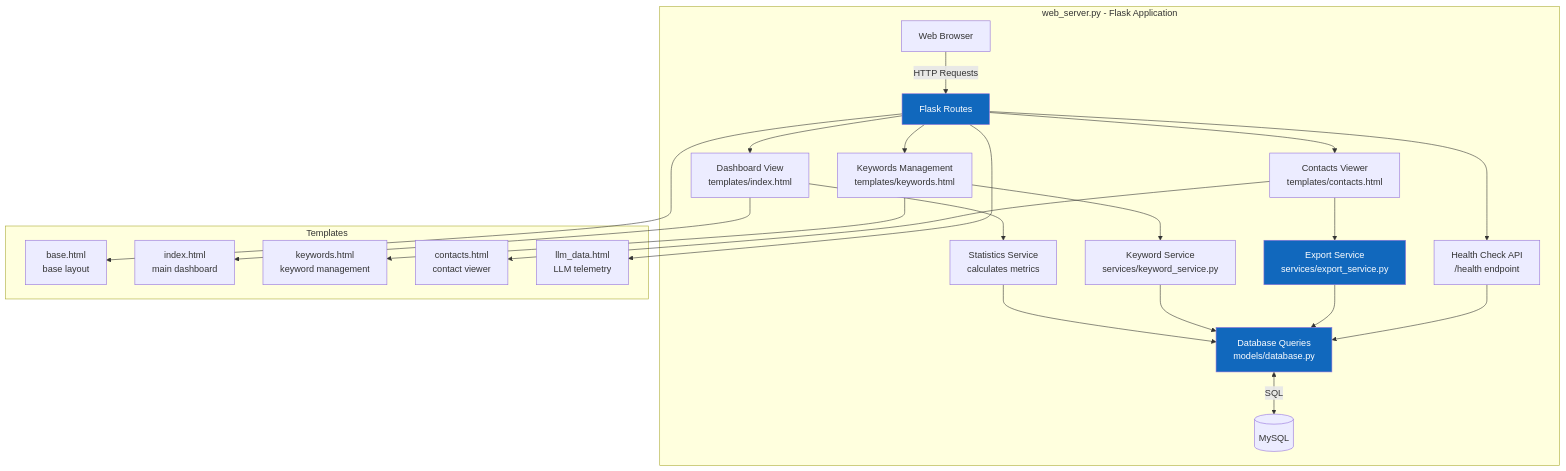
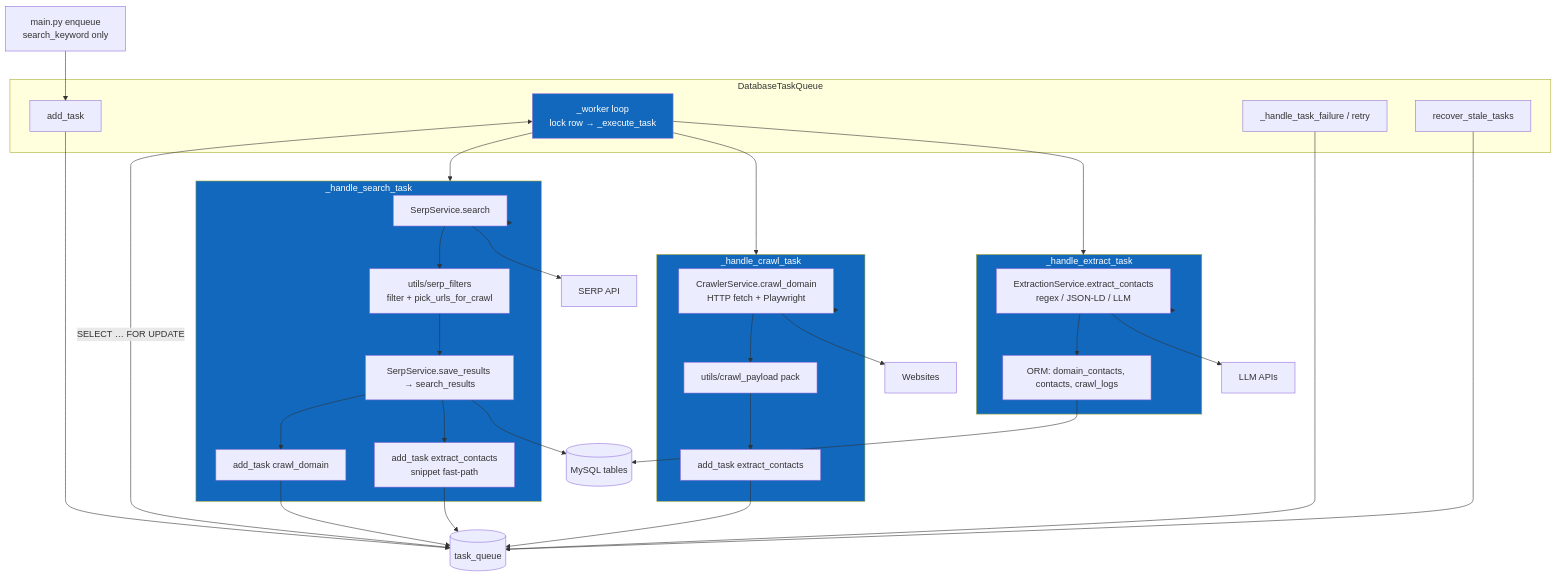
The fourth of 8 diagrams in doc/C4_ARCHITECTURE.md (hauptmann1971/b2b-contact-miner), drawn with Mermaid before and after one commit. The commit also changed other lines of this file, not shown here.

First line of the commit message:
Rewrite C4 diagrams to match DB task queue architecture.

````diff
--- a/doc/C4_ARCHITECTURE.md
+++ b/doc/C4_ARCHITECTURE.md
@@ -152,40 +142,61 @@
 ```mermaid
-graph TB
-    subgraph "web_server.py - Flask Application"
-        Browser[Web Browser] -->|HTTP Requests| FlaskRoutes[Flask Routes]
-        
-        FlaskRoutes --> DashboardView[Dashboard View<br/>templates/index.html]
-        FlaskRoutes --> KeywordsView[Keywords Management<br/>templates/keywords.html]
-        FlaskRoutes --> ContactsView[Contacts Viewer<br/>templates/contacts.html]
-        FlaskRoutes --> HealthCheck[Health Check API<br/>/health endpoint]
-        
-        DashboardView --> StatsService[Statistics Service<br/>calculates metrics]
-        KeywordsView --> KeywordService[Keyword Service<br/>services/keyword_service.py]
-        ContactsView --> ExportService[Export Service<br/>services/export_service.py]
-        
-        StatsService --> DBQuery[Database Queries<br/>models/database.py]
-        KeywordService --> DBQuery
-        ExportService --> DBQuery
-        HealthCheck --> DBQuery
-        
-        DBQuery <-->|SQL| MySQL[(MySQL)]
+flowchart TB
+    subgraph Queue["DatabaseTaskQueue"]
+        Add[add_task]
+        Worker[_worker loop<br/>lock row → _execute_task]
+        Retry[_handle_task_failure / retry]
+        Recover[recover_stale_tasks]
     end
-    
-    subgraph "Templates"
-        BaseTemplate[base.html<br/>base layout]
-        DashboardTemplate[index.html<br/>main dashboard]
-        KeywordsTemplate[keywords.html<br/>keyword management]
-        ContactsTemplate[contacts.html<br/>contact viewer]
-        LlmDataTemplate[llm_data.html<br/>LLM telemetry]
+
+    TQ[(task_queue)]
+
+    Add --> TQ
+    Worker <-->|SELECT … FOR UPDATE| TQ
+    Retry --> TQ
+    Recover --> TQ
+
+    subgraph HSearch["_handle_search_task"]
+        Serp[SerpService.search]
+        Filters[utils/serp_filters<br/>filter + pick_urls_for_crawl]
+        SaveSERP[SerpService.save_results → search_results]
+        EnqCrawl[add_task crawl_domain]
+        EnqExtract[add_task extract_contacts<br/>snippet fast-path]
     end
-    
-    FlaskRoutes --> BaseTemplate
-    DashboardView --> DashboardTemplate
-    KeywordsView --> KeywordsTemplate
-    ContactsView --> ContactsTemplate
-    FlaskRoutes --> LlmDataTemplate
-    
-    style FlaskRoutes fill:#1168bd,color:#fff
-    style DBQuery fill:#1168bd,color:#fff
-    style ExportService fill:#1168bd,color:#fff
+
+    subgraph HCrawl["_handle_crawl_task"]
+        Crawl[CrawlerService.crawl_domain<br/>HTTP fetch + Playwright]
+        Pack[utils/crawl_payload pack]
+        EnqExt2[add_task extract_contacts]
+    end
+
+    subgraph HExtract["_handle_extract_task"]
+        Ext[ExtractionService.extract_contacts<br/>regex / JSON-LD / LLM]
+        Persist[ORM: domain_contacts, contacts, crawl_logs]
+    end
+
+    Worker --> HSearch
+    Worker --> HCrawl
+    Worker --> HExtract
+
+    HSearch --> Serp --> Filters --> SaveSERP --> EnqCrawl
+    SaveSERP --> EnqExtract
+    HCrawl --> Crawl --> Pack --> EnqExt2
+    HExtract --> Ext --> Persist
+
+    Serp --> SERPExt[SERP API]
+    Crawl --> WebExt[Websites]
+    Ext --> LLMExt[LLM APIs]
+
+    Persist --> DB[(MySQL tables)]
+    SaveSERP --> DB
+    EnqCrawl --> TQ
+    EnqExtract --> TQ
+    EnqExt2 --> TQ
+
+    MainEnqueue[main.py enqueue<br/>search_keyword only] --> Add
+
+    style Worker fill:#1168bd,color:#fff
+    style HSearch fill:#1168bd,color:#fff
+    style HCrawl fill:#1168bd,color:#fff
+    style HExtract fill:#1168bd,color:#fff
 ```
````
